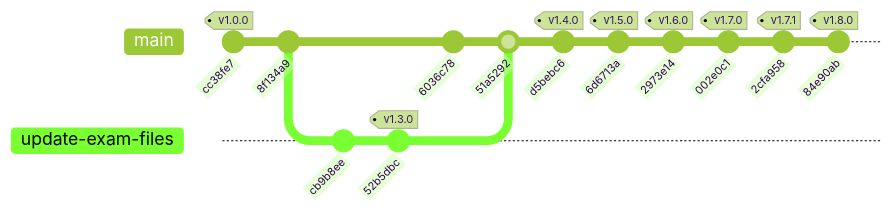
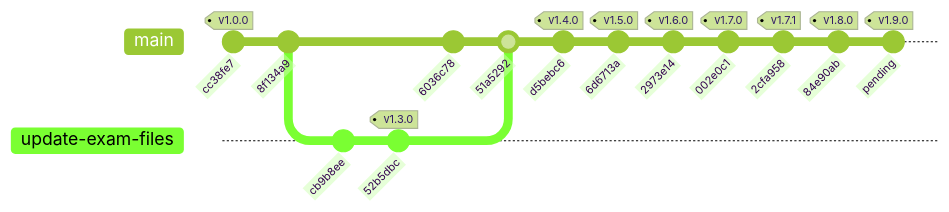
Before and after one commit to renart00001-ux/exam-web: the diagram in README.md, drawn with Mermaid (forest theme). The commit also changed other lines of this file and 5 other files, not shown here.

````diff
--- a/README.md
+++ b/README.md
@@ -44,18 +46,19 @@
 ```mermaid
 gitGraph
     commit id: "cc38fe7" tag: "v1.0.0"
     commit id: "8f134a9"
     branch update-exam-files
     checkout update-exam-files
     commit id: "cb9b8ee"
     commit id: "52b5dbc" tag: "v1.3.0"
     checkout main
     commit id: "6036c78"
     merge update-exam-files id: "51a5292"
     commit id: "d5bebc6" tag: "v1.4.0"
     commit id: "6d6713a" tag: "v1.5.0"
     commit id: "2973e14" tag: "v1.6.0"
     commit id: "002e0c1" tag: "v1.7.0"
     commit id: "2cfa958" tag: "v1.7.1"
     commit id: "84e90ab" tag: "v1.8.0"
+    commit id: "pending" tag: "v1.9.0"
 ```
````
